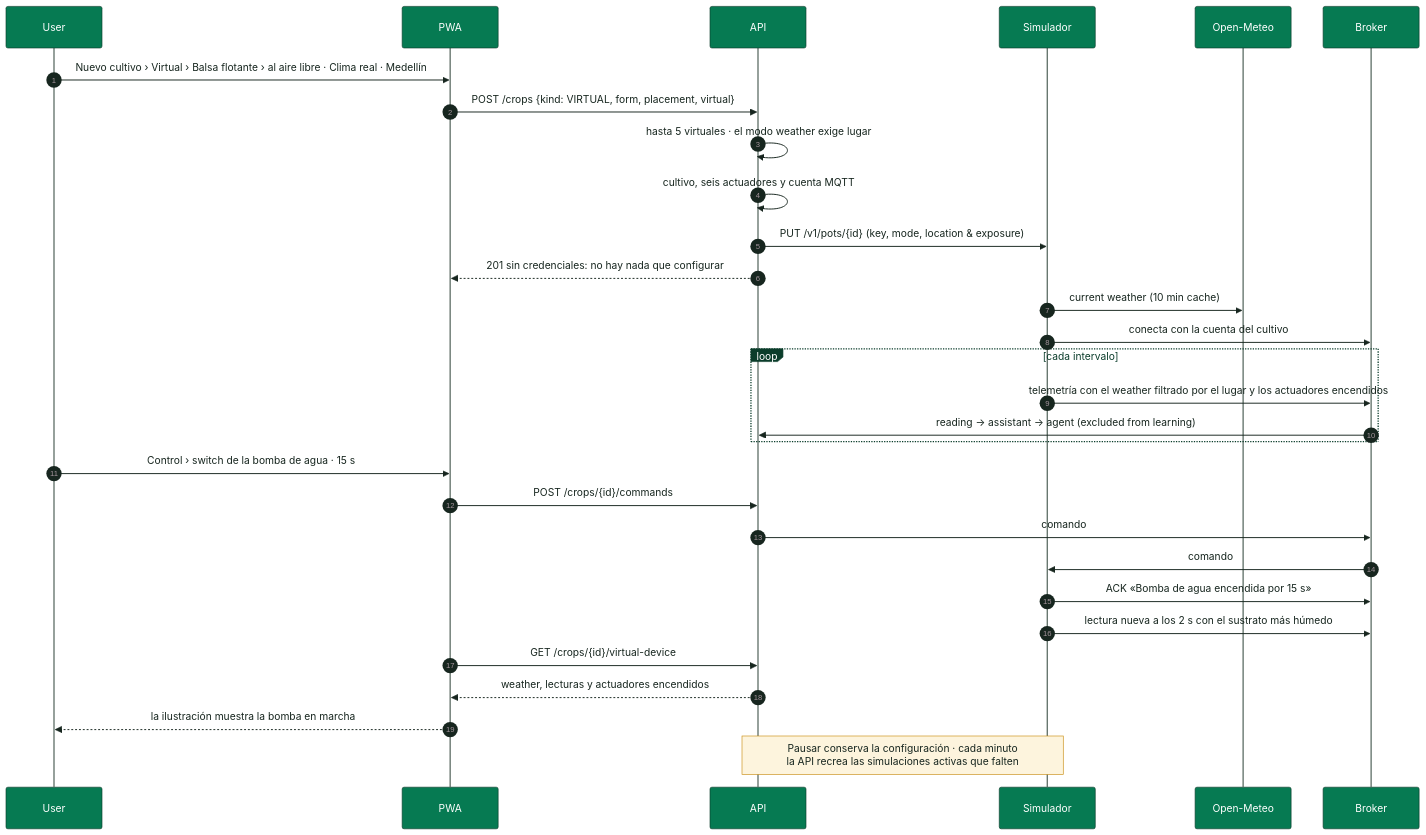
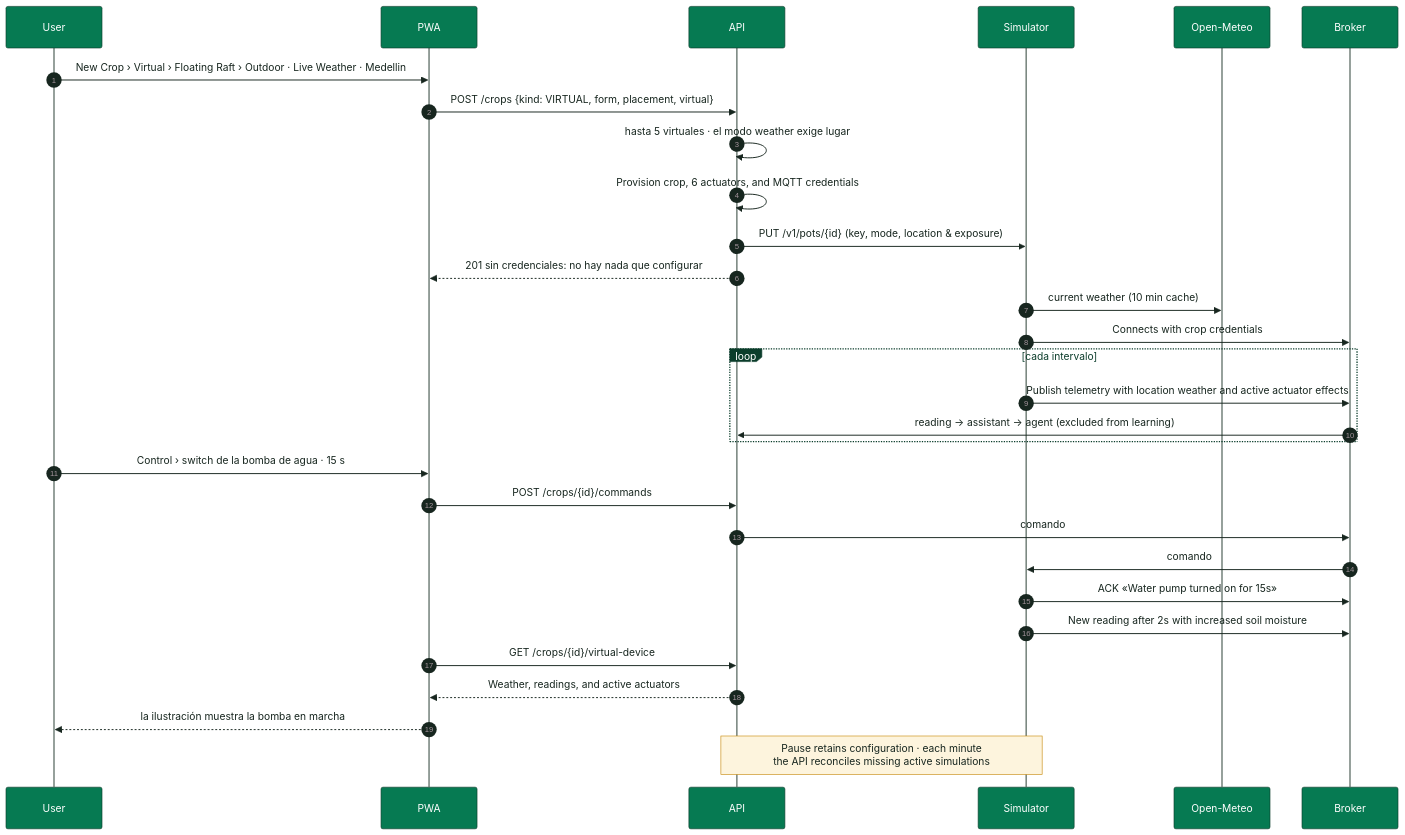
Diagram 11 of 14 in docs/SmartPot_Technical_Documentation.md (SmartPotTech/.github), drawn with Mermaid before and after one commit. The commit also changed other lines of this file and 78 other files, not shown here.

Commit message:
docs(architecture): update and standardize architecture diagrams via archify [skip deploy] #no-deploy

````diff
--- a/docs/SmartPot_Technical_Documentation.md
+++ b/docs/SmartPot_Technical_Documentation.md
@@ -621,33 +621,33 @@
 ```mermaid
 %%{init: {"theme": "base", "fontFamily": "Segoe UI, Arial, sans-serif", "themeVariables": {"fontFamily": "Segoe UI, Arial, sans-serif", "fontSize": "15px", "primaryColor": "#DDF5EA", "primaryTextColor": "#17261F", "primaryBorderColor": "#067A52", "secondaryColor": "#E3F2FB", "secondaryTextColor": "#17261F", "secondaryBorderColor": "#1F6FA0", "tertiaryColor": "#F2F7F4", "tertiaryTextColor": "#17261F", "tertiaryBorderColor": "#D5E3DC", "lineColor": "#5B6B63", "textColor": "#17261F", "mainBkg": "#DDF5EA", "nodeBorder": "#067A52", "clusterBkg": "#F7FAF8", "clusterBorder": "#D5E3DC", "edgeLabelBackground": "#FFFFFF", "actorBkg": "#067A52", "actorBorder": "#0B3D2B", "actorTextColor": "#FFFFFF", "actorLineColor": "#5B6B63", "signalColor": "#17261F", "signalTextColor": "#17261F", "labelBoxBkgColor": "#0B3D2B", "labelBoxBorderColor": "#0B3D2B", "labelTextColor": "#FFFFFF", "loopTextColor": "#0B3D2B", "noteBkgColor": "#FDF4DD", "noteBorderColor": "#C98D12", "noteTextColor": "#17261F", "activationBkgColor": "#DDF5EA", "activationBorderColor": "#067A52", "attributeBackgroundColorOdd": "#FFFFFF", "attributeBackgroundColorEven": "#F2F7F4"}}}%%
 sequenceDiagram
   autonumber
   participant P as User
   participant W as PWA
   participant A as API
-  participant S as Simulador
+  participant S as Simulator
   participant O as Open-Meteo
   participant B as Broker
-  P->>W: Nuevo cultivo › Virtual › Balsa flotante › al aire libre · Clima real · Medellín
+  P->>W: New Crop › Virtual › Floating Raft › Outdoor · Live Weather · Medellin
   W->>A: POST /crops {kind: VIRTUAL, form, placement, virtual}
   A->>A: hasta 5 virtuales · el modo weather exige lugar
-  A->>A: cultivo, seis actuadores y cuenta MQTT
+  A->>A: Provision crop, 6 actuators, and MQTT credentials
   A->>S: PUT /v1/pots/{id} (key, mode, location & exposure)
   A-->>W: 201 sin credenciales: no hay nada que configurar
   S->>O: current weather (10 min cache)
-  S->>B: conecta con la cuenta del cultivo
+  S->>B: Connects with crop credentials
   loop cada intervalo
-    S->>B: telemetría con el weather filtrado por el lugar y los actuadores encendidos
+    S->>B: Publish telemetry with location weather and active actuator effects
     B->>A: reading → assistant → agent (excluded from learning)
   end
   P->>W: Control › switch de la bomba de agua · 15 s
   W->>A: POST /crops/{id}/commands
   A->>B: comando
   B->>S: comando
-  S->>B: ACK «Bomba de agua encendida por 15 s»
-  S->>B: lectura nueva a los 2 s con el sustrato más húmedo
+  S->>B: ACK «Water pump turned on for 15s»
+  S->>B: New reading after 2s with increased soil moisture
   W->>A: GET /crops/{id}/virtual-device
-  A-->>W: weather, lecturas y actuadores encendidos
+  A-->>W: Weather, readings, and active actuators
   W-->>P: la ilustración muestra la bomba en marcha
-  Note over A,S: Pausar conserva la configuración · cada minuto<br/>la API recrea las simulaciones activas que falten
+  Note over A,S: Pause retains configuration · each minute<br/>the API reconciles missing active simulations
 ```
````
